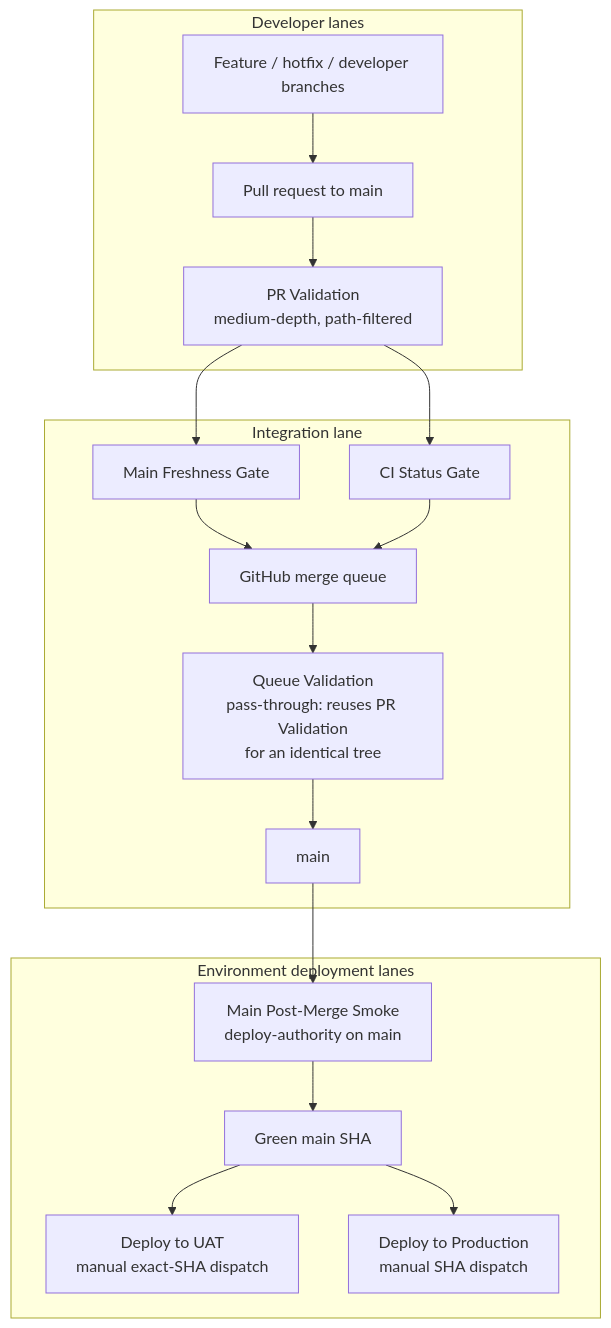
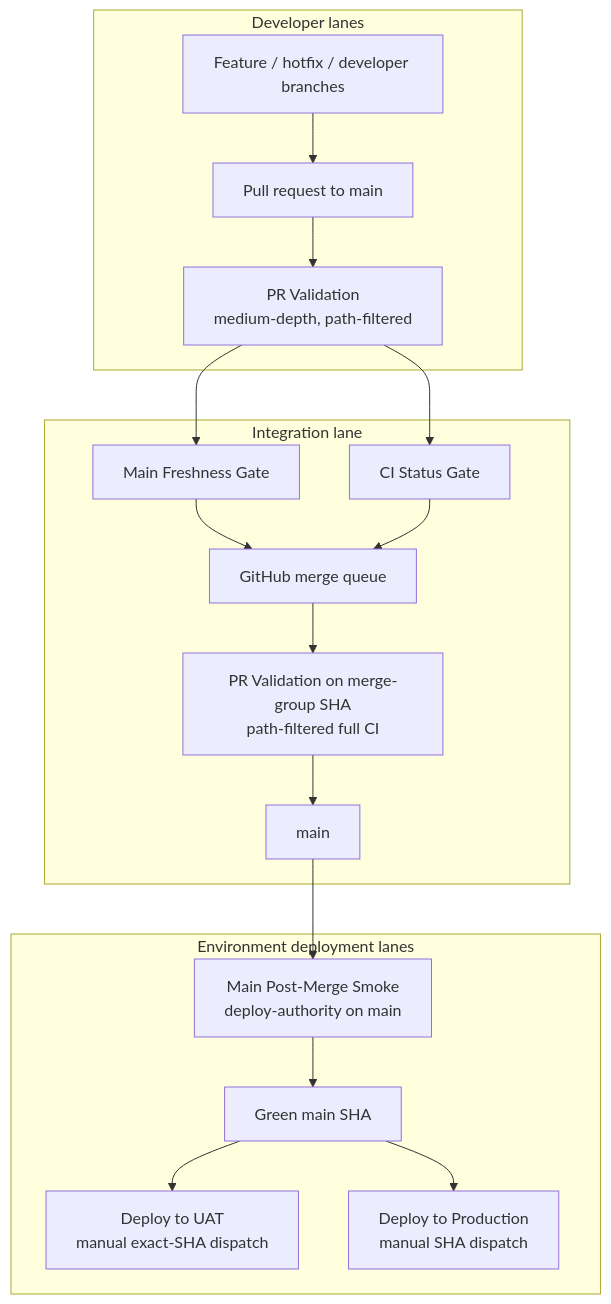
The diagram in docs/reference/operations/ci.md (hushh-labs/hushh-research), drawn with Mermaid before and after one commit. The commit also changed other lines of this file and 22 other files, not shown here.

Commit message:
fix(ci): validate merge queue candidates with required CI

````diff
--- a/docs/reference/operations/ci.md
+++ b/docs/reference/operations/ci.md
@@ -6,32 +6,32 @@
 ```mermaid
 flowchart TB
   subgraph dev["Developer lanes"]
     feat["Feature / hotfix / developer branches"]
     pr["Pull request to main"]
     prci["PR Validation<br/>medium-depth, path-filtered"]
   end
 
   subgraph integration["Integration lane"]
     freshness["Main Freshness Gate"]
     status["CI Status Gate"]
-    queueci["Queue Validation<br/>pass-through: reuses PR Validation<br/>for an identical tree"]
+    queueci["PR Validation on merge-group SHA<br/>path-filtered full CI"]
     queue["GitHub merge queue"]
     main["main"]
   end
 
   subgraph release["Environment deployment lanes"]
     green["Green main SHA"]
     smoke["Main Post-Merge Smoke<br/>deploy-authority on main"]
     uat["Deploy to UAT<br/>manual exact-SHA dispatch"]
     prod["Deploy to Production<br/>manual SHA dispatch"]
   end
 
   feat --> pr --> prci
   prci --> freshness
   prci --> status
   freshness --> queue
   status --> queue
   queue --> queueci --> main --> smoke --> green
   green --> uat
   green --> prod
 ```
````
